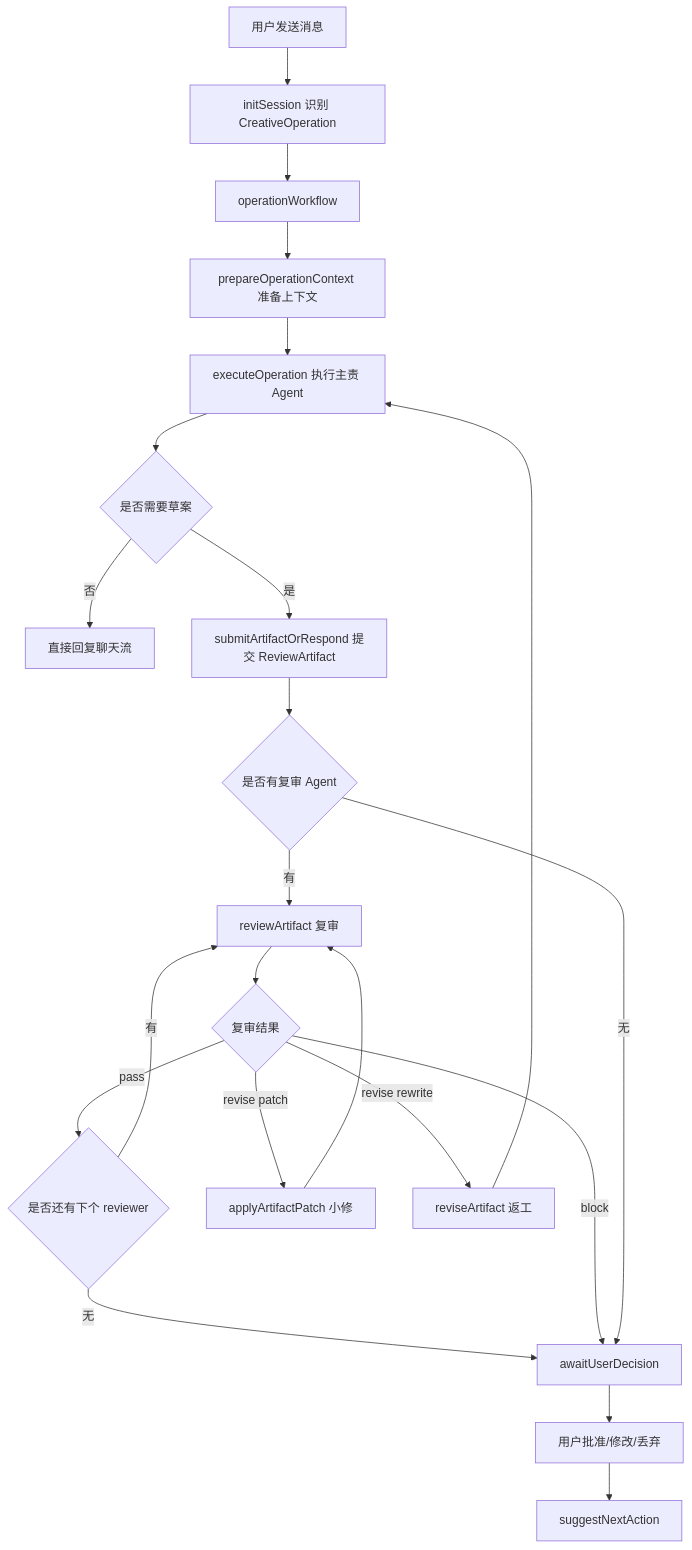
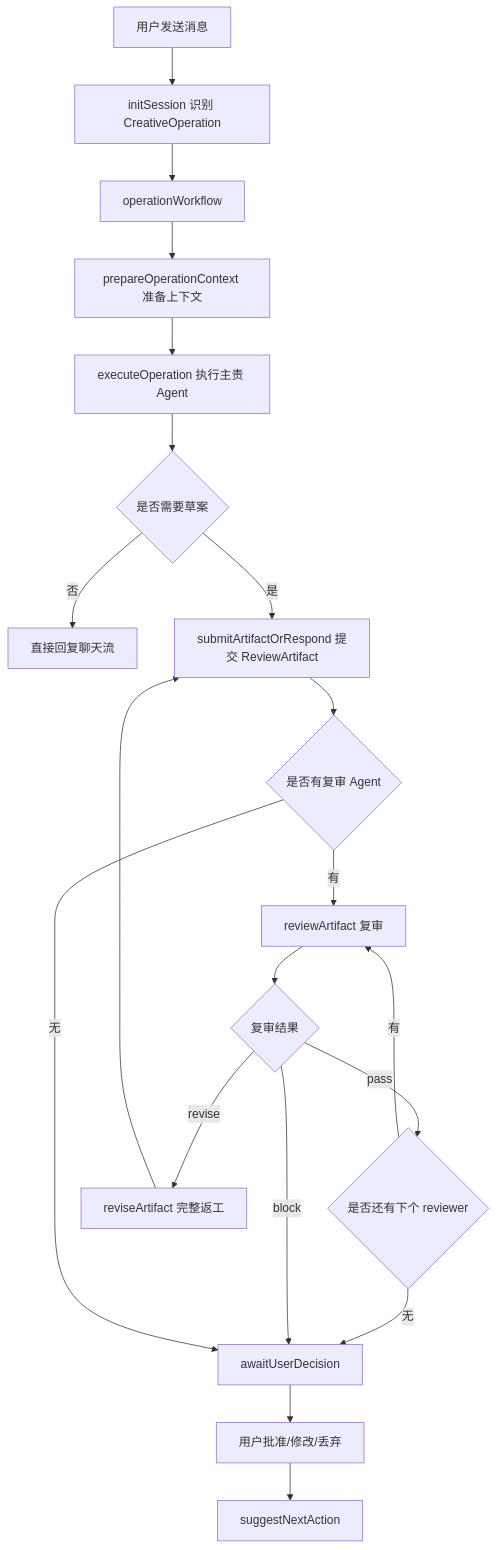
The first of 2 diagrams in docs/requirements/03-ai-writing-and-agents.md (chimeiwang/Smart-Novel-Gen-nie), drawn with Mermaid before and after one commit. The commit also changed other lines of this file and 22 other files, not shown here.

```diff
--- a/docs/requirements/03-ai-writing-and-agents.md
+++ b/docs/requirements/03-ai-writing-and-agents.md
@@ -47,24 +47,22 @@
 ~~~mermaid
 flowchart TD
     A["用户发送消息"] --> B["initSession 识别 CreativeOperation"]
     B --> C["operationWorkflow"]
     C --> D["prepareOperationContext 准备上下文"]
     D --> E["executeOperation 执行主责 Agent"]
     E --> F{"是否需要草案"}
     F -->|"否"| G["直接回复聊天流"]
     F -->|"是"| H["submitArtifactOrRespond 提交 ReviewArtifact"]
     H --> I{"是否有复审 Agent"}
     I -->|"有"| J["reviewArtifact 复审"]
     J --> K{"复审结果"}
     K -->|"pass"| L{"是否还有下个 reviewer"}
     L -->|"有"| J
     L -->|"无"| M["awaitUserDecision"]
-    K -->|"revise patch"| N["applyArtifactPatch 小修"]
-    N --> J
-    K -->|"revise rewrite"| O["reviseArtifact 返工"]
-    O --> E
+    K -->|"revise"| O["reviseArtifact 完整返工"]
+    O --> H
     K -->|"block"| M
     I -->|"无"| M
     M --> P["用户批准/修改/丢弃"]
     P --> Q["suggestNextAction"]
 ~~~
```
